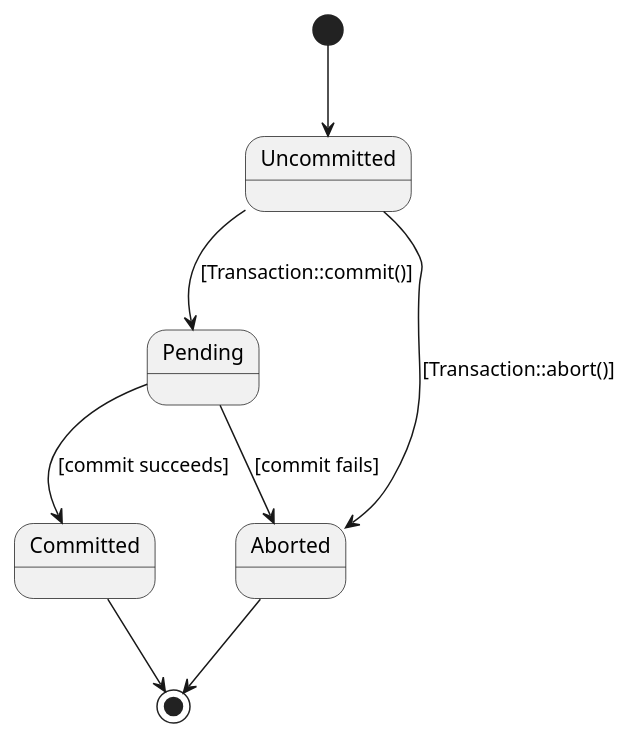
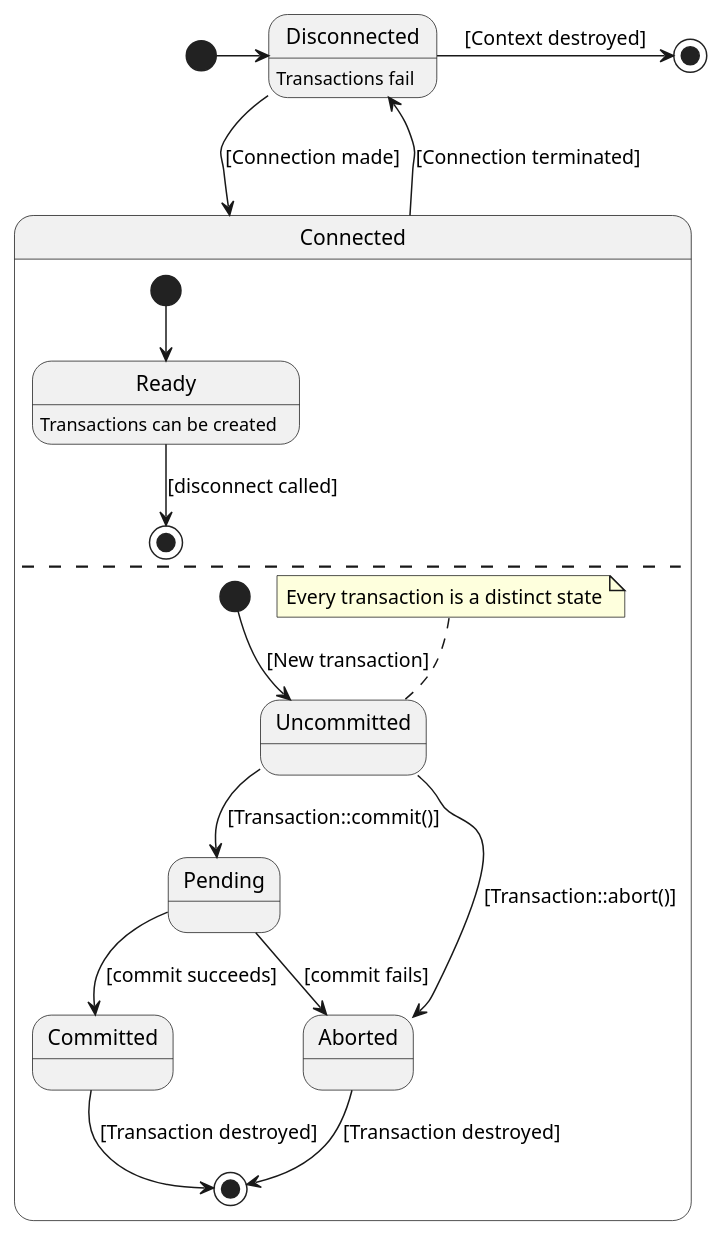
Before and after one commit to nyanzebra/aciddb: the first of 2 diagrams in design/application-state-diagram.wsd, drawn with PlantUML. The commit also changed other lines of this file and 14 other files, not shown here.

First line of the commit message:
Update and organize UML diagrams

```diff
--- a/design/application-state-diagram.wsd
+++ b/design/application-state-diagram.wsd
@@ -1,11 +1,29 @@
 @startuml
-'Transaction'
-[*] --> Uncommitted
-Uncommitted --> Pending : [Transaction::commit()]
-Uncommitted --> Aborted : [Transaction::abort()]
-Pending --> Aborted : [commit fails]
-Aborted --> [*]
-Pending --> Committed : [commit succeeds]
-Committed --> [*]
+
+'client state'
+
+[*] -> Disconnected
+Connected --> Disconnected : [Connection terminated]
+Disconnected --> Connected : [Connection made]
+Disconnected : Transactions fail
+Disconnected -> [*] : [Context destroyed]
+
+state Connected {
+
+  [*] --> Ready 
+  Ready : Transactions can be created
+  Ready --> [*] : [disconnect called]
+
+  --
+
+  [*] --> Uncommitted : [New transaction]
+  Uncommitted --> Pending : [Transaction::commit()]
+  note top of Uncommitted : Every transaction is a distinct state 
+  Uncommitted --> Aborted : [Transaction::abort()]
+  Pending --> Aborted : [commit fails]
+  Aborted --> [*] : [Transaction destroyed]
+  Pending --> Committed : [commit succeeds]
+  Committed --> [*] : [Transaction destroyed]
+}
 
 @enduml
```
